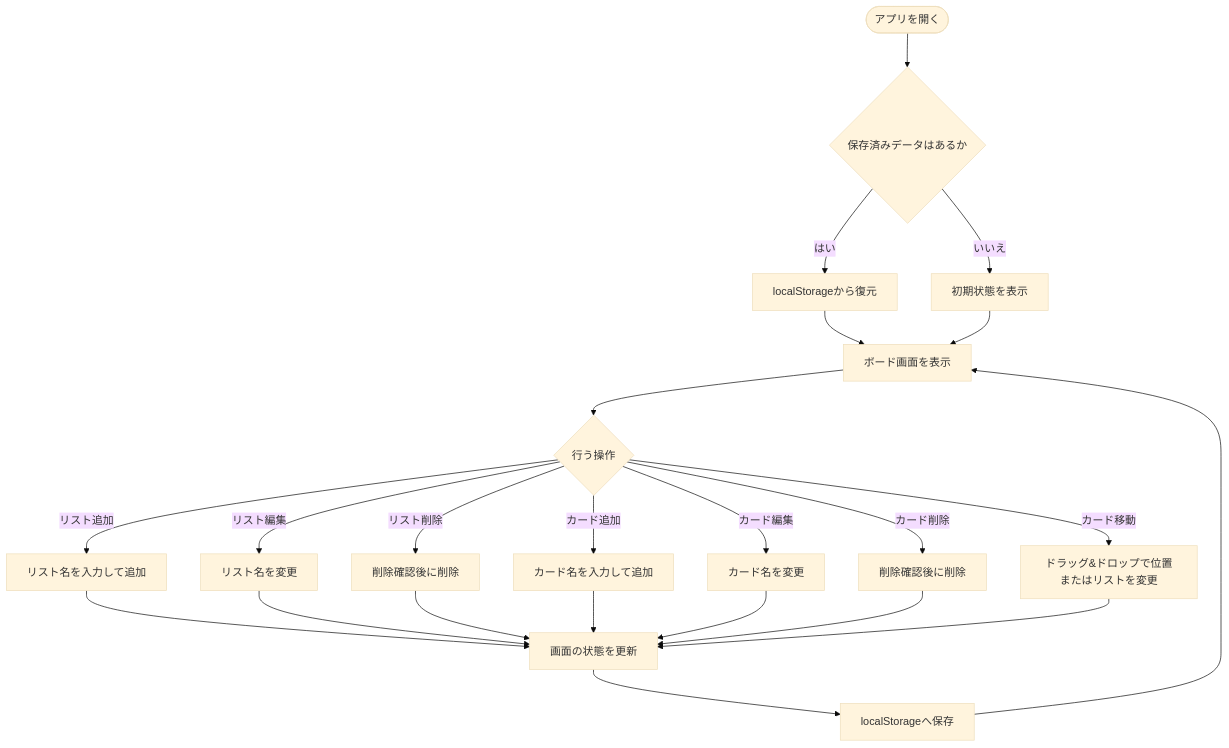
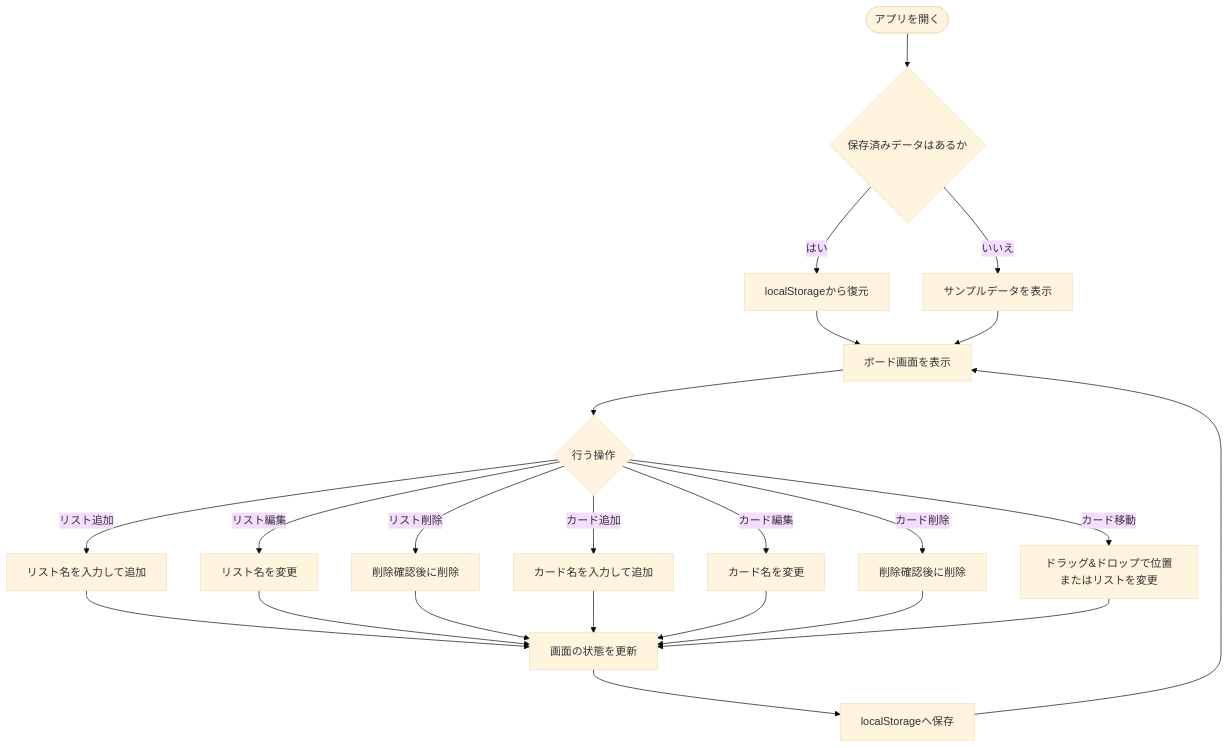
Before and after one commit to kasisu/github-demo: the second of 4 diagrams in taskapp/docs/design-overview.md, drawn with Mermaid (base theme). The commit also changed other lines of this file and 9 other files, not shown here.

````diff
--- a/taskapp/docs/design-overview.md
+++ b/taskapp/docs/design-overview.md
@@ -43,27 +43,27 @@
 ```mermaid
 flowchart TD
   Start([アプリを開く]) --> Restore{保存済みデータはあるか}
   Restore -- はい --> Load[localStorageから復元]
-  Restore -- いいえ --> Initial[初期状態を表示]
+  Restore -- いいえ --> Initial[サンプルデータを表示]
   Load --> Board[ボード画面を表示]
   Initial --> Board
 
   Board --> Choice{行う操作}
   Choice -->|リスト追加| CreateList[リスト名を入力して追加]
   Choice -->|リスト編集| EditList[リスト名を変更]
   Choice -->|リスト削除| DeleteList[削除確認後に削除]
   Choice -->|カード追加| CreateCard[カード名を入力して追加]
   Choice -->|カード編集| EditCard[カード名を変更]
   Choice -->|カード削除| DeleteCard[削除確認後に削除]
   Choice -->|カード移動| MoveCard[ドラッグ&ドロップで位置またはリストを変更]
 
   CreateList --> Update[画面の状態を更新]
   EditList --> Update
   DeleteList --> Update
   CreateCard --> Update
   EditCard --> Update
   DeleteCard --> Update
   MoveCard --> Update
   Update --> Save[localStorageへ保存]
   Save --> Board
 ```
````
